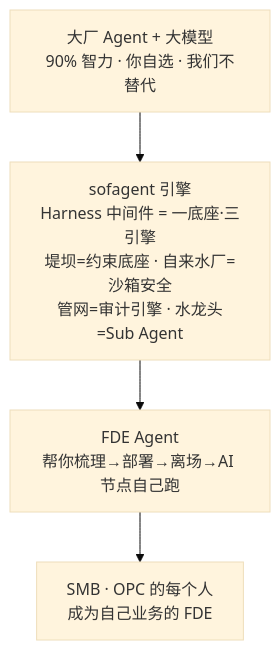
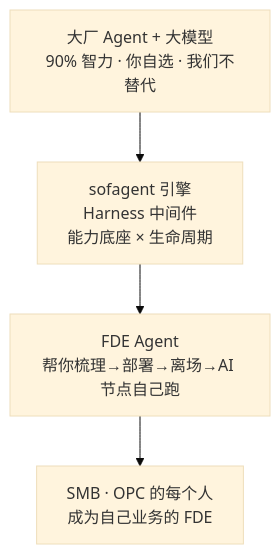
One commit to KongFangXun/sofagent changed the first of 8 diagrams in docs/ARCHITECTURE.md. Above: the diagram before and after it, drawn with Mermaid (base theme). The commit also changed other lines of this file and 34 other files, not shown here.

````diff
--- a/docs/ARCHITECTURE.md
+++ b/docs/ARCHITECTURE.md
@@ -12,6 +12,6 @@
 ```mermaid
 graph TD
-    A[大厂 Agent + 大模型<br/>90% 智力 · 你自选 · 我们不替代] --> B[sofagent 引擎<br/>Harness 中间件 = 一底座·三引擎<br/>堤坝=约束底座 · 自来水厂=沙箱安全<br/>管网=审计引擎 · 水龙头=Sub Agent]
+    A[大厂 Agent + 大模型<br/>90% 智力 · 你自选 · 我们不替代] --> B[sofagent 引擎<br/>Harness 中间件<br/>能力底座 × 生命周期]
     B --> C[FDE Agent<br/>帮你梳理→部署→离场→AI 节点自己跑]
     C --> D[SMB · OPC 的每个人<br/>成为自己业务的 FDE]
 ```
````
